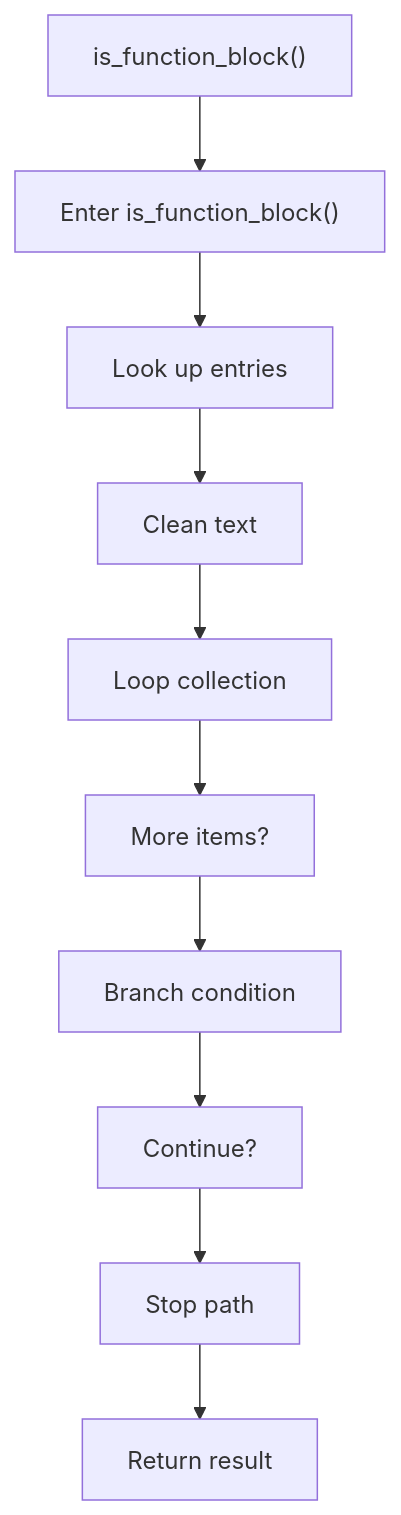
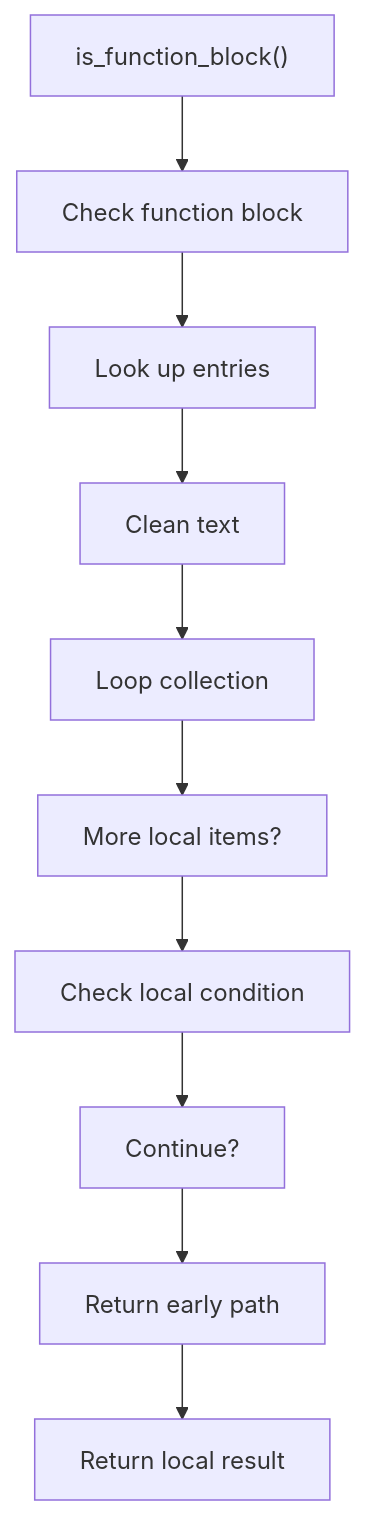
One commit to JohnAndrewBalbarosa/NeoTerritory changed the first of 2 diagrams in docs/Codebase/Microservice/Modules/Source/Analysis/ImplementationUse/Resolution/Symbols/Resolve/Flow/functions/is_function_block.cpp.md. Above: the diagram before and after it, drawn with Mermaid. The commit also changed other lines of this file and 925 other files, not shown here.

````diff
--- a/docs/Codebase/Microservice/Modules/Source/Analysis/ImplementationUse/Resolution/Symbols/Resolve/Flow/functions/is_function_block.cpp.md
+++ b/docs/Codebase/Microservice/Modules/Source/Analysis/ImplementationUse/Resolution/Symbols/Resolve/Flow/functions/is_function_block.cpp.md
@@ -26,22 +26,22 @@
 ```mermaid
 flowchart TD
     N0["is_function_block()"]
-    N1["Enter is_function_block()"]
+    N1["Check function block"]
     N2["Look up entries"]
     N3["Clean text"]
     N4["Loop collection"]
-    N5["More items?"]
-    N6["Branch condition"]
+    N5["More local items?"]
+    N6["Check local condition"]
     N7["Continue?"]
-    N8["Stop path"]
-    N9["Return result"]
+    N8["Return early path"]
+    N9["Return local result"]
     N0 --> N1
     N1 --> N2
     N2 --> N3
     N3 --> N4
     N4 --> N5
     N5 --> N6
     N6 --> N7
     N7 --> N8
     N8 --> N9
 ```
````
